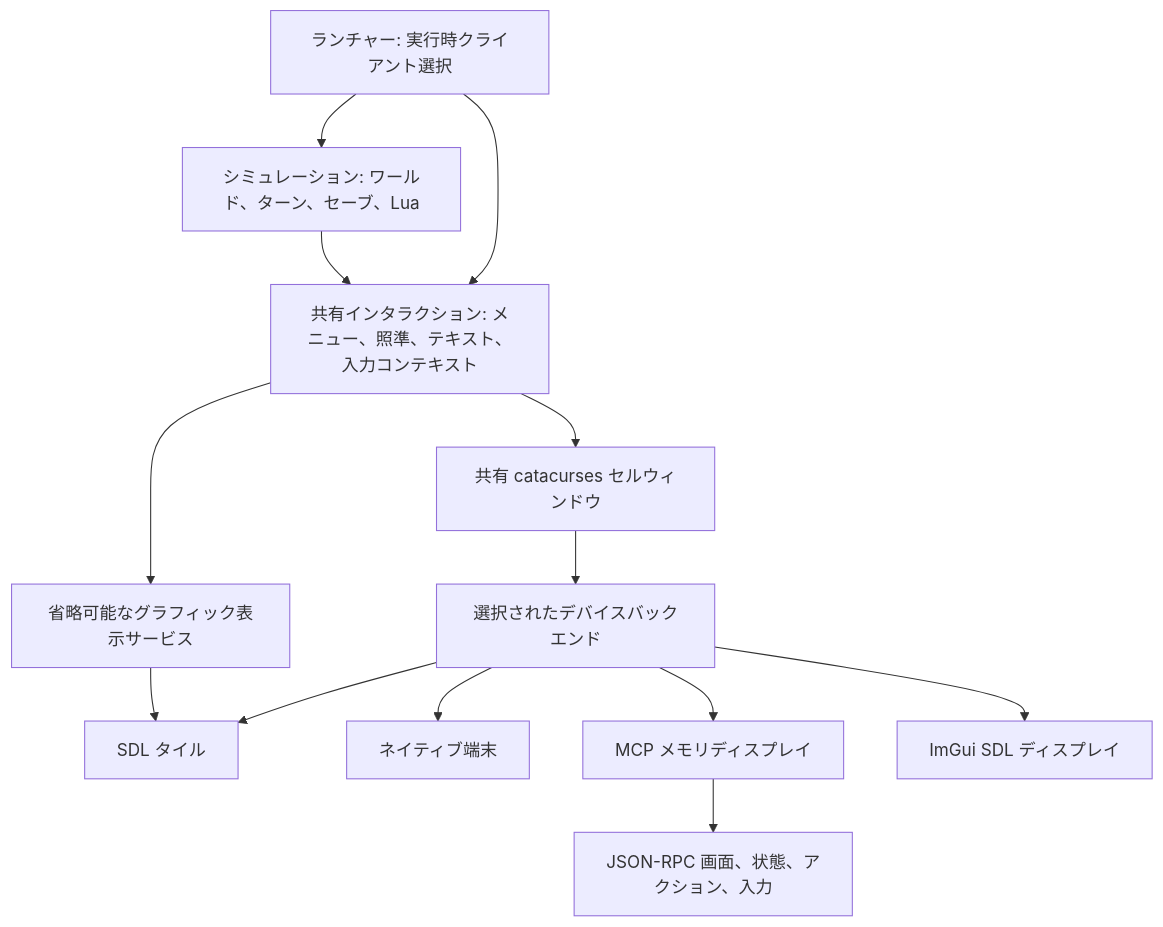
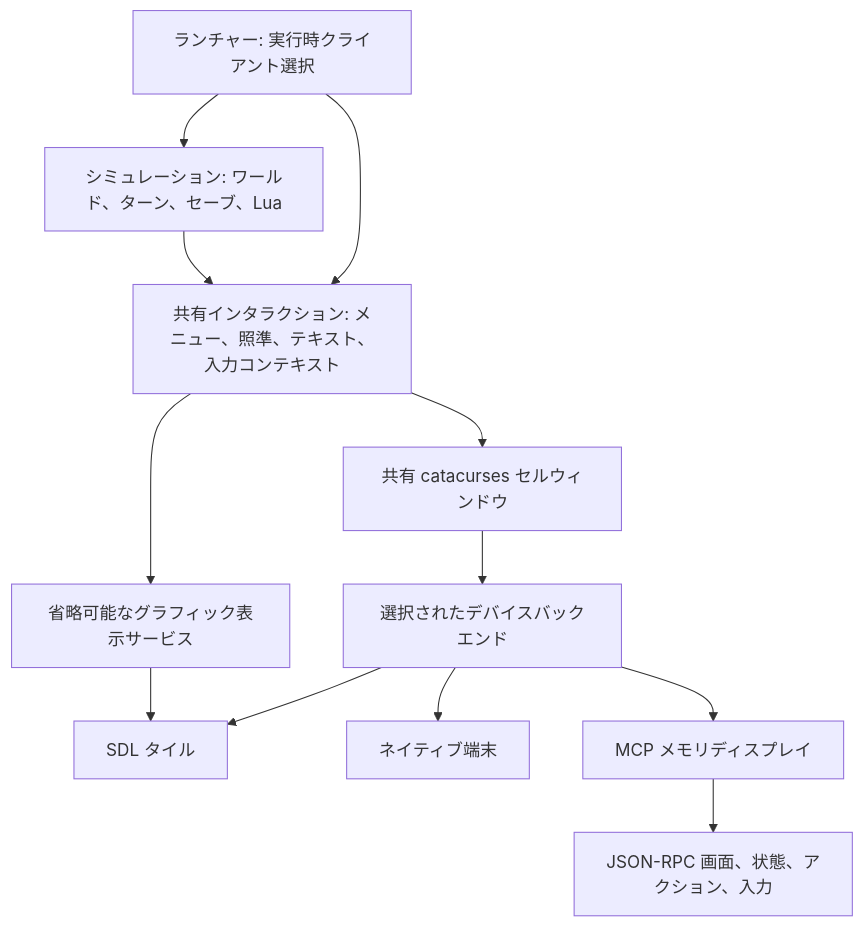
The diagram in docs/ja/dev/explanation/engine_clients.md (cataclysmbn/Cataclysm-BN), drawn with Mermaid before and after one commit. The commit also changed other lines of this file and 30 other files, not shown here.

````diff
--- a/docs/ja/dev/explanation/engine_clients.md
+++ b/docs/ja/dev/explanation/engine_clients.md
@@ -34,15 +19,14 @@
 ```mermaid
 flowchart TD
     launch[ランチャー: 実行時クライアント選択] --> engine[シミュレーション: ワールド、ターン、セーブ、Lua]
     launch --> interaction[共有インタラクション: メニュー、照準、テキスト、入力コンテキスト]
     engine --> interaction
     interaction --> surface[共有 catacurses セルウィンドウ]
     surface --> device[選択されたデバイスバックエンド]
     interaction --> presentation[省略可能なグラフィック表示サービス]
     device --> tiles[SDL タイル]
     device --> curses[ネイティブ端末]
     device --> mcp[MCP メモリディスプレイ]
-    device --> imgui[ImGui SDL ディスプレイ]
     presentation --> tiles
     mcp --> rpc[JSON-RPC 画面、状態、アクション、入力]
 ```
````
